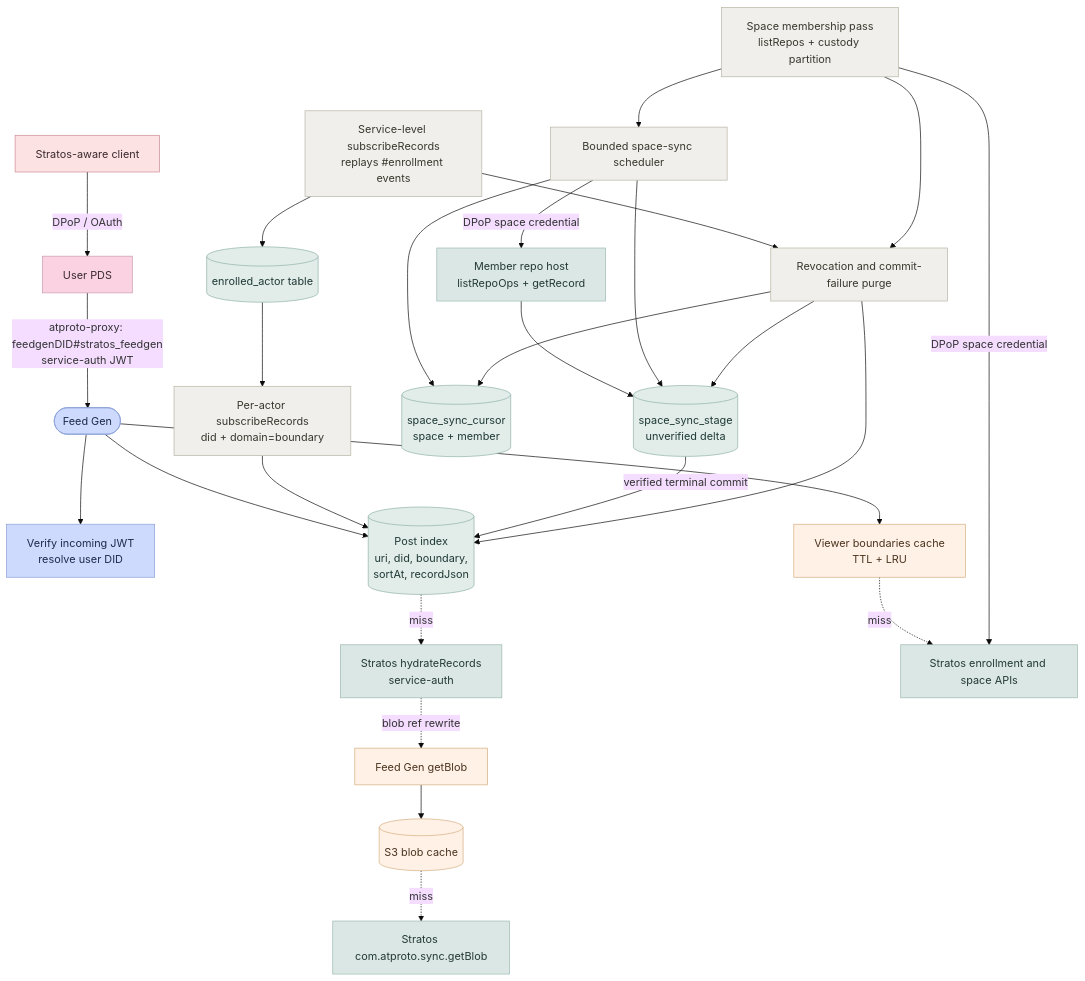
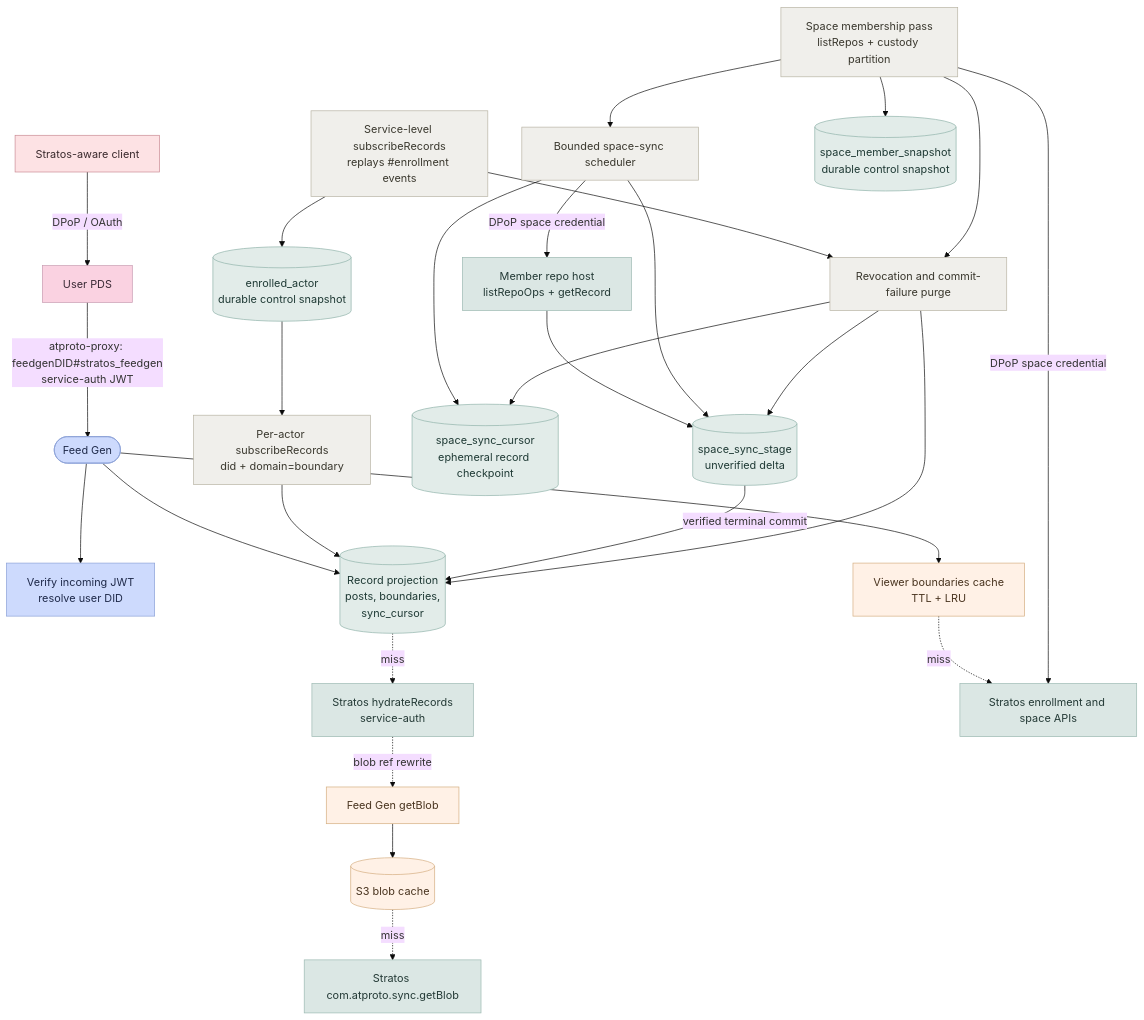
Before and after one commit to NorthskySocial/stratos: the diagram in stratos-feedgen/README.md, drawn with Mermaid (base theme). The commit also changed other lines of this file and 7 other files, not shown here.

Commit message:
test(feedgen): cover ephemeral index recovery

````diff
--- a/stratos-feedgen/README.md
+++ b/stratos-feedgen/README.md
@@ -11,67 +11,69 @@
 ```mermaid
 flowchart TD
     Client[Stratos-aware client]
     PDS[User PDS]
     FG([Feed Gen])
     Verify[Verify incoming JWT<br/>resolve user DID]
     BCache[Viewer boundaries cache<br/>TTL + LRU]
-    Index[(Post index<br/>uri, did, boundary,<br/>sortAt, recordJson)]
+    Index[(Record projection<br/>posts, boundaries,<br/>sync_cursor)]
     Hydrate[Stratos hydrateRecords<br/>service-auth]
     Blob[Feed Gen getBlob]
     S3[(S3 blob cache)]
     StratosBlob[Stratos com.atproto.sync.getBlob]
     ResolveEnr[Stratos enrollment and space APIs]
 
     SvcSub[Service-level subscribeRecords<br/>replays #enrollment events]
-    Enrolled[(enrolled_actor table)]
+    Enrolled[(enrolled_actor<br/>durable control snapshot)]
     ActorSub[Per-actor subscribeRecords<br/>did + domain=boundary]
     SpaceMembership[Space membership pass<br/>listRepos + custody partition]
     SpaceScheduler[Bounded space-sync scheduler]
     MemberHost[Member repo host<br/>listRepoOps + getRecord]
-    SpaceCursor[(space_sync_cursor<br/>space + member)]
+    Members[(space_member_snapshot<br/>durable control snapshot)]
+    SpaceCursor[(space_sync_cursor<br/>ephemeral record checkpoint)]
     SpaceStage[(space_sync_stage<br/>unverified delta)]
     Purger[Revocation and commit-failure purge]
 
     Client -->|DPoP / OAuth| PDS
     PDS -->|atproto-proxy: feedgenDID#stratos_feedgen<br/>service-auth JWT| FG
     FG --> Verify
     FG --> BCache
     FG --> Index
     BCache -.miss.-> ResolveEnr
     Index -.miss.-> Hydrate
     Hydrate -.blob ref rewrite.-> Blob
     Blob --> S3
     S3 -.miss.-> StratosBlob
 
     SvcSub --> Enrolled
     Enrolled --> ActorSub
     ActorSub --> Index
     SpaceMembership -->|DPoP space credential| ResolveEnr
     SpaceMembership --> SpaceScheduler
+    SpaceMembership --> Members
     SpaceScheduler -->|DPoP space credential| MemberHost
     MemberHost --> SpaceStage
     SpaceStage -->|verified terminal commit| Index
     SpaceScheduler --> SpaceCursor
     SpaceScheduler --> SpaceStage
     SvcSub --> Purger
     SpaceMembership --> Purger
     Purger --> Index
     Purger --> SpaceCursor
     Purger --> SpaceStage
 
     classDef client fill:#fde2e4,stroke:#c98a93,color:#3a2a2d
     classDef pds fill:#fad2e1,stroke:#c79bb1,color:#3a2a35
     classDef fg fill:#cddafd,stroke:#8aa0d6,color:#1f2a4a
     classDef store fill:#e2ece9,stroke:#8fb3aa,color:#1f3a35
     classDef cache fill:#fff1e6,stroke:#d4ad7f,color:#4a3520
     classDef upstream fill:#dbe7e4,stroke:#9bb8b1,color:#243a36
     classDef worker fill:#f0efeb,stroke:#b8b3a3,color:#3a382e
 
     class Client client
     class PDS pds
     class FG,Verify fg
-    class Index,Enrolled,SpaceCursor,SpaceStage store
+    class Index,Enrolled,Members,SpaceCursor,SpaceStage store
     class BCache,S3,Blob cache
     class Hydrate,ResolveEnr,StratosBlob,MemberHost upstream
     class SvcSub,ActorSub,SpaceMembership,SpaceScheduler,Purger worker
 ```
````
